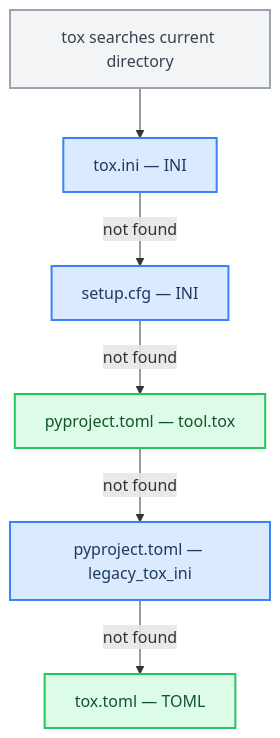
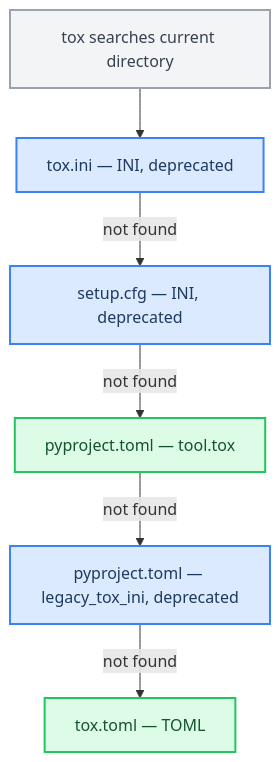
Before and after one commit to tox-dev/tox: the diagram in docs/reference/config.rst, drawn with Mermaid. The commit also changed other lines of this file and 6 other files, not shown here.

Commit message:
📝 docs: mark the INI configuration format as deprecated (#4017)

```diff
--- a/docs/reference/config.rst
+++ b/docs/reference/config.rst
@@ -34,16 +34,16 @@
 .. mermaid::
 
     flowchart TD
         search[tox searches current directory] --> tox_ini
-        tox_ini[tox.ini — INI] -- not found --> setup_cfg[setup.cfg — INI]
+        tox_ini[tox.ini — INI, deprecated] -- not found --> setup_cfg[setup.cfg — INI, deprecated]
         setup_cfg -- not found --> pyproject_native[pyproject.toml — tool.tox]
-        pyproject_native -- not found --> pyproject_legacy[pyproject.toml — legacy_tox_ini]
+        pyproject_native -- not found --> pyproject_legacy[pyproject.toml — legacy_tox_ini, deprecated]
         pyproject_legacy -- not found --> tox_toml[tox.toml — TOML]
 
         classDef ini fill:#dbeafe,stroke:#3b82f6,stroke-width:2px,color:#1e3a5f
         classDef toml fill:#dcfce7,stroke:#22c55e,stroke-width:2px,color:#14532d
         classDef start fill:#f3f4f6,stroke:#9ca3af,stroke-width:2px,color:#374151
 
         class tox_ini,setup_cfg,pyproject_legacy ini
         class pyproject_native,tox_toml toml
         class search start
```
